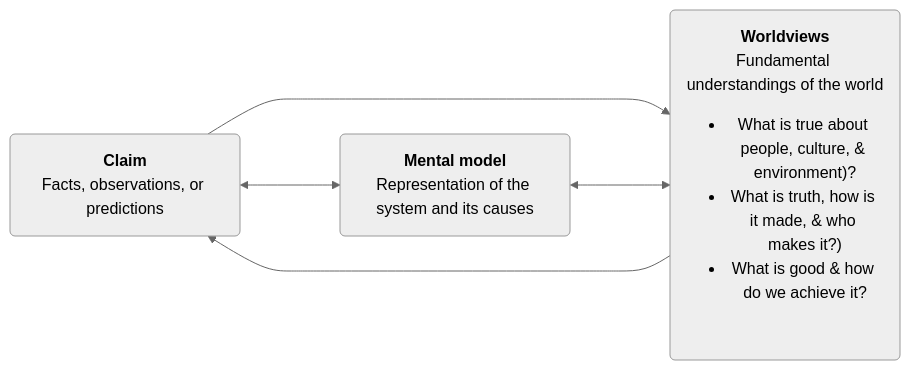
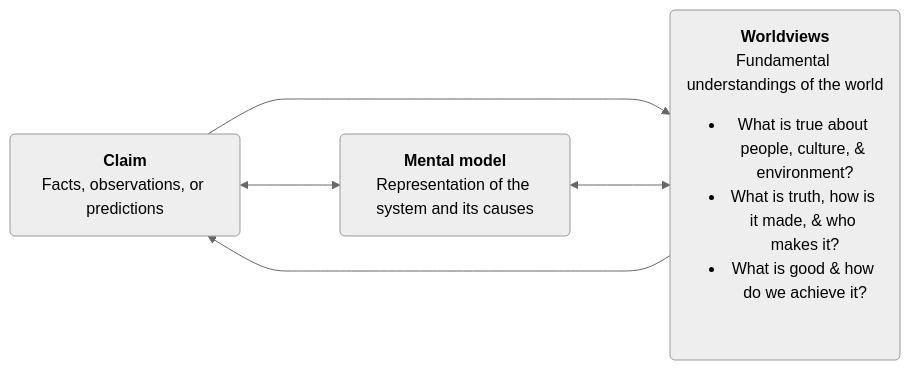
One commit to matt-lab/2023-05-26_rejection-of-science changed the sixth of 8 diagrams in index.qmd. Above: the diagram before and after it, drawn with Mermaid (neutral theme). The commit also changed other lines of this file and 1 other file, not shown here.

````diff
--- a/index.qmd
+++ b/index.qmd
@@ -417,10 +404,10 @@
 ```{mermaid}
 %%| mermaid-format: svg
 %%| fig-width: 1900px
 flowchart LR
   A(<p><b>Claim</b>\nFacts, observations, or predictions</p>)
   B(<p><b>Mental model</b>\nRepresentation of the system and its causes</p>)
-  C("<p><b>Worldviews</b>\nFundamental understandings of the world<ul><li>What is true about people, culture, & environment)?</li><li>What is truth, how is it made, & who makes it?)</li><li>What is good & how do we achieve it?</li><br/></ul></p>")
+  C("<p><b>Worldviews</b>\nFundamental understandings of the world<ul><li>What is true about people, culture, & environment?</li><li>What is truth, how is it made, & who makes it?</li><li>What is good & how do we achieve it?</li><br/></ul></p>")
   C ---> A ---> C
   A <---> B <---> C
 ```
````
